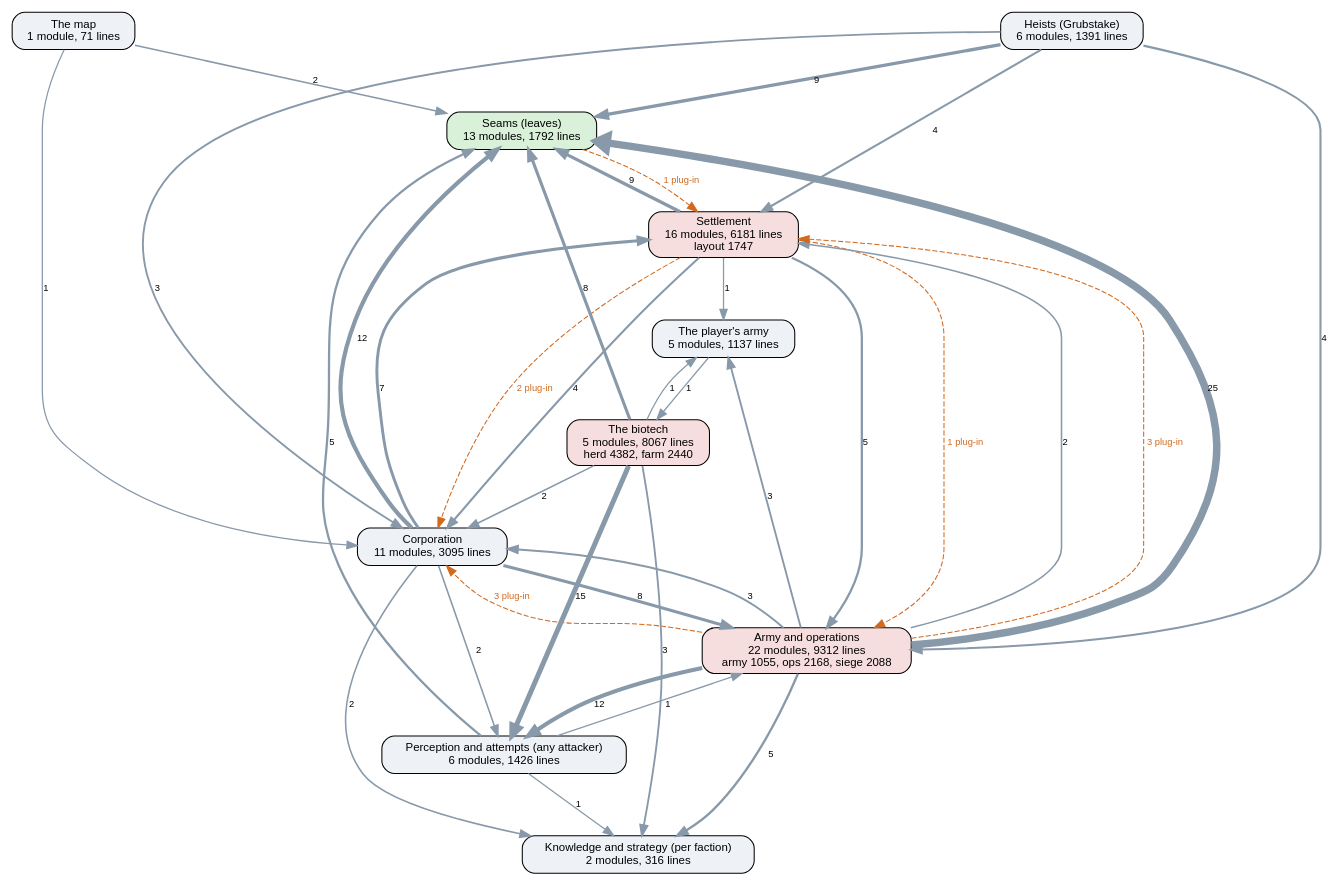
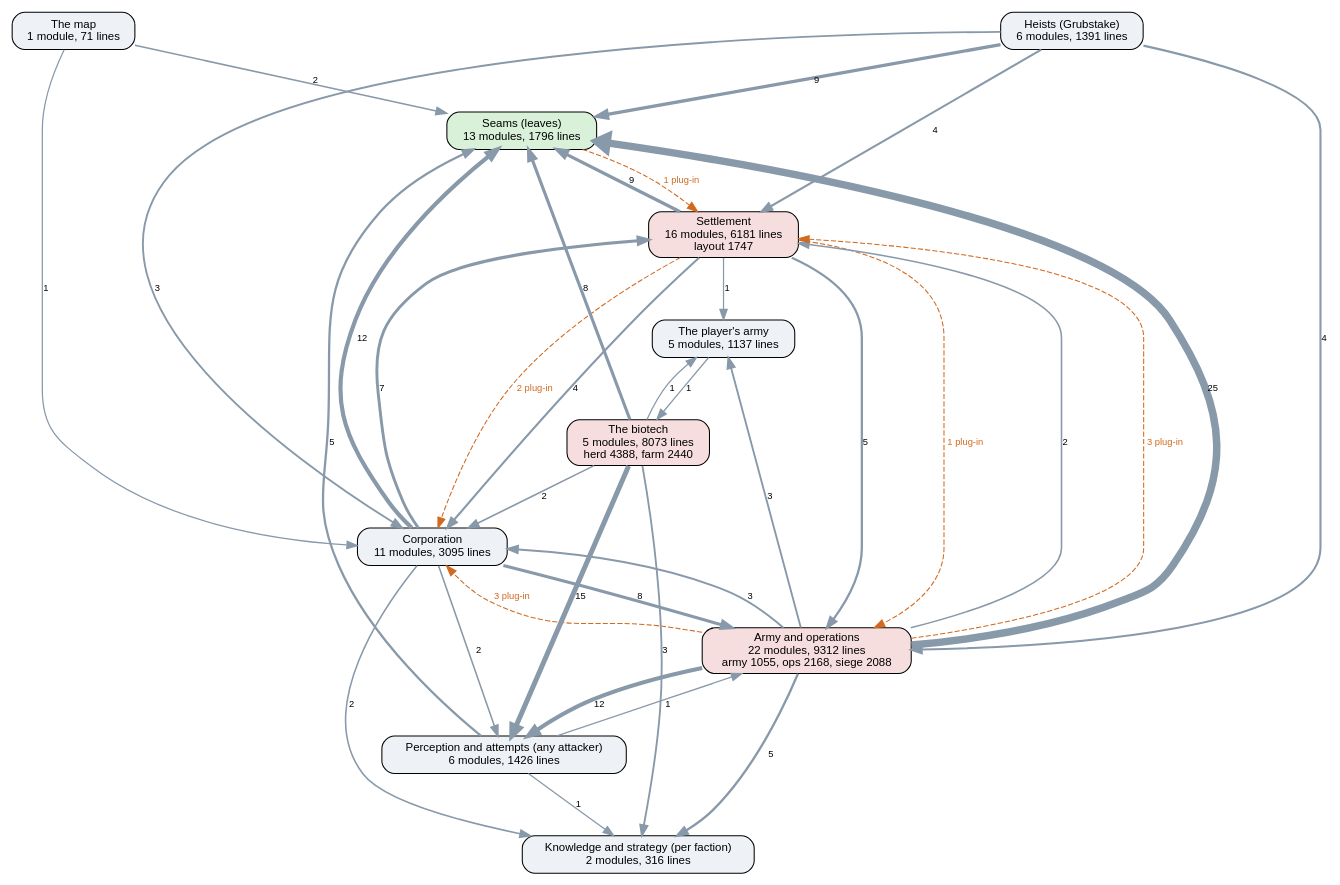
The diagram in docs/ai-layers.dot (kinelhu/landing-party), drawn with Graphviz before and after one commit. The commit also changed 12 other files, not shown here.

```diff
--- a/docs/ai-layers.dot
+++ b/docs/ai-layers.dot
@@ -1,50 +1,50 @@
 digraph layers {
   graph [rankdir=TB, fontname="Helvetica", nodesep=0.5, ranksep=0.7];
   node [shape=box, style="rounded,filled", fontname="Helvetica", fontsize=11, fillcolor="#eef2f7"];
   edge [color="#8899aa", fontname="Helvetica", fontsize=9];
-  "Seams (leaves)" [label="Seams (leaves)\n13 modules, 1792 lines", fillcolor="#d9f0d9"];
+  "Seams (leaves)" [label="Seams (leaves)\n13 modules, 1796 lines", fillcolor="#d9f0d9"];
   "Perception and attempts (any attacker)" [label="Perception and attempts (any attacker)\n6 modules, 1426 lines", fillcolor="#eef2f7"];
   "Knowledge and strategy (per faction)" [label="Knowledge and strategy (per faction)\n2 modules, 316 lines", fillcolor="#eef2f7"];
   "Corporation" [label="Corporation\n11 modules, 3095 lines", fillcolor="#eef2f7"];
   "Settlement" [label="Settlement\n16 modules, 6181 lines\nlayout 1747", fillcolor="#f7dede"];
   "Army and operations" [label="Army and operations\n22 modules, 9312 lines\narmy 1055, ops 2168, siege 2088", fillcolor="#f7dede"];
   "Heists (Grubstake)" [label="Heists (Grubstake)\n6 modules, 1391 lines", fillcolor="#eef2f7"];
-  "The biotech" [label="The biotech\n5 modules, 8067 lines\nherd 4382, farm 2440", fillcolor="#f7dede"];
+  "The biotech" [label="The biotech\n5 modules, 8073 lines\nherd 4388, farm 2440", fillcolor="#f7dede"];
   "The map" [label="The map\n1 module, 71 lines", fillcolor="#eef2f7"];
   "The player's army" [label="The player's army\n5 modules, 1137 lines", fillcolor="#eef2f7"];
   "Army and operations" -> "Corporation" [label="3", penwidth=1.8];
   "Army and operations" -> "Knowledge and strategy (per faction)" [label="5", penwidth=2.2];
   "Army and operations" -> "Perception and attempts (any attacker)" [label="12", penwidth=4.0];
   "Army and operations" -> "Seams (leaves)" [label="25", penwidth=7.2];
   "Army and operations" -> "Settlement" [label="2", penwidth=1.5];
   "Army and operations" -> "The player's army" [label="3", penwidth=1.8];
   "Corporation" -> "Army and operations" [label="8", penwidth=3.0];
   "Corporation" -> "Knowledge and strategy (per faction)" [label="2", penwidth=1.5];
   "Corporation" -> "Perception and attempts (any attacker)" [label="2", penwidth=1.5];
   "Corporation" -> "Seams (leaves)" [label="12", penwidth=4.0];
   "Corporation" -> "Settlement" [label="7", penwidth=2.8];
   "Heists (Grubstake)" -> "Army and operations" [label="4", penwidth=2.0];
   "Heists (Grubstake)" -> "Corporation" [label="3", penwidth=1.8];
   "Heists (Grubstake)" -> "Seams (leaves)" [label="9", penwidth=3.2];
   "Heists (Grubstake)" -> "Settlement" [label="4", penwidth=2.0];
   "Perception and attempts (any attacker)" -> "Army and operations" [label="1", penwidth=1.2];
   "Perception and attempts (any attacker)" -> "Knowledge and strategy (per faction)" [label="1", penwidth=1.2];
   "Perception and attempts (any attacker)" -> "Seams (leaves)" [label="5", penwidth=2.2];
   "Settlement" -> "Army and operations" [label="5", penwidth=2.2];
   "Settlement" -> "Corporation" [label="4", penwidth=2.0];
   "Settlement" -> "Seams (leaves)" [label="9", penwidth=3.2];
   "Settlement" -> "The player's army" [label="1", penwidth=1.2];
   "The biotech" -> "Corporation" [label="2", penwidth=1.5];
   "The biotech" -> "Knowledge and strategy (per faction)" [label="3", penwidth=1.8];
   "The biotech" -> "Perception and attempts (any attacker)" [label="15", penwidth=4.8];
   "The biotech" -> "Seams (leaves)" [label="8", penwidth=3.0];
   "The biotech" -> "The player's army" [label="1", penwidth=1.2];
   "The map" -> "Corporation" [label="1", penwidth=1.2];
   "The map" -> "Seams (leaves)" [label="2", penwidth=1.5];
   "The player's army" -> "The biotech" [label="1", penwidth=1.2];
   "Army and operations" -> "Corporation" [style=dashed, color="#d2691e", fontcolor="#d2691e", label="3 plug-in"];
   "Army and operations" -> "Settlement" [style=dashed, color="#d2691e", fontcolor="#d2691e", label="3 plug-in"];
   "Seams (leaves)" -> "Settlement" [style=dashed, color="#d2691e", fontcolor="#d2691e", label="1 plug-in"];
   "Settlement" -> "Army and operations" [style=dashed, color="#d2691e", fontcolor="#d2691e", label="1 plug-in"];
   "Settlement" -> "Corporation" [style=dashed, color="#d2691e", fontcolor="#d2691e", label="2 plug-in"];
 }
```
